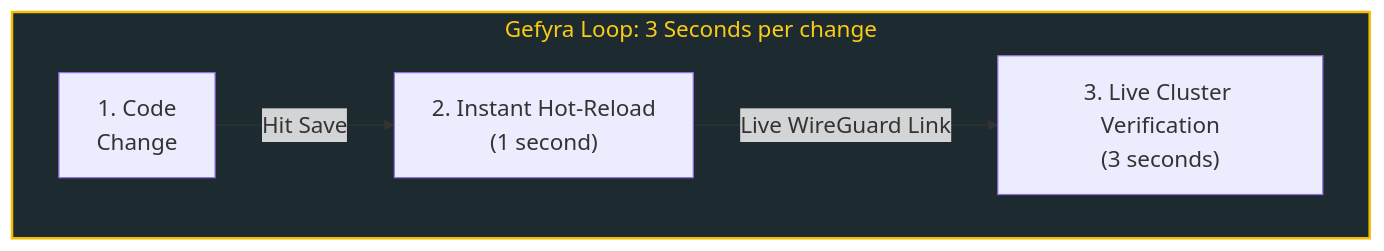
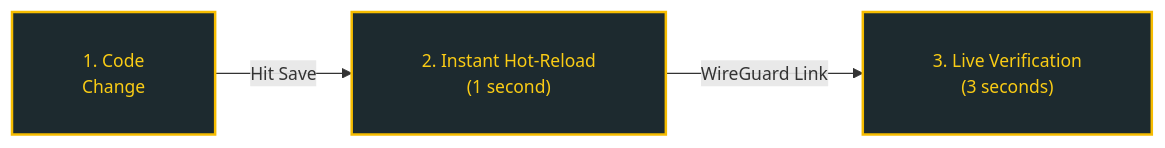
The second of 2 diagrams in gefyra-docs/content/en/index.md (gefyrahq/gefyra), drawn with Mermaid before and after one commit. The commit also changed other lines of this file and 11 other files, not shown here.

Commit message:
docs(#MARKETING-1226): enhance Mermaid diagrams and typography for improved clarity and consistency across documentation

````diff
--- a/gefyra-docs/content/en/index.md
+++ b/gefyra-docs/content/en/index.md
@@ -167,10 +171,7 @@
 ```mermaid
-%%{init: {'themeVariables': { 'fontSize': '18px' }}}%%
+%%{init: {'flowchart': {'padding': 28, 'nodeSpacing': 52, 'rankSpacing': 56, 'diagramPadding': 20}, 'themeVariables': { 'fontSize': '14px' }}}%%
 flowchart LR
-    subgraph GefyraLoop["Gefyra Loop: 3 Seconds per change"]
-        direction LR
-        G1["1. Code<br/>Change"] -->|Hit Save| G2["2. Instant Hot-Reload<br/>(1 second)"] -->|Live WireGuard Link| G3["3. Live Cluster Verification<br/>(3 seconds)"]
-    end
+    G1["1. Code<br/>Change"] -->|Hit Save| G2["2. Instant Hot-Reload<br/>(1 second)"] -->|WireGuard Link| G3["3. Live Verification<br/>(3 seconds)"]
     classDef gefyra fill:#1d2a2f,stroke:#f6bc00,stroke-width:2px,color:#facc15;
-    class GefyraLoop gefyra;
+    class G1,G2,G3 gefyra;
 ```
````
